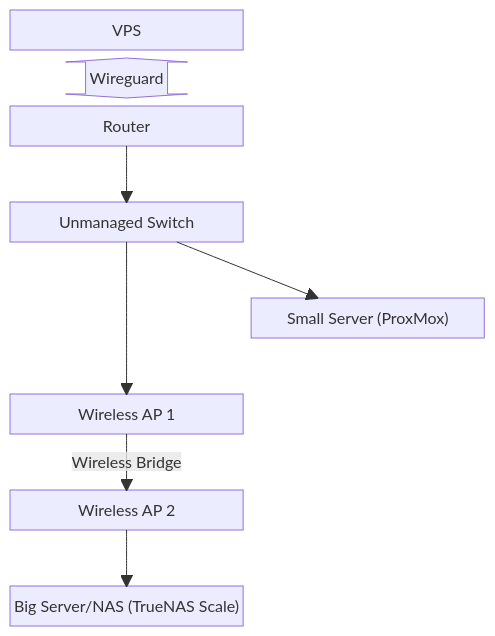
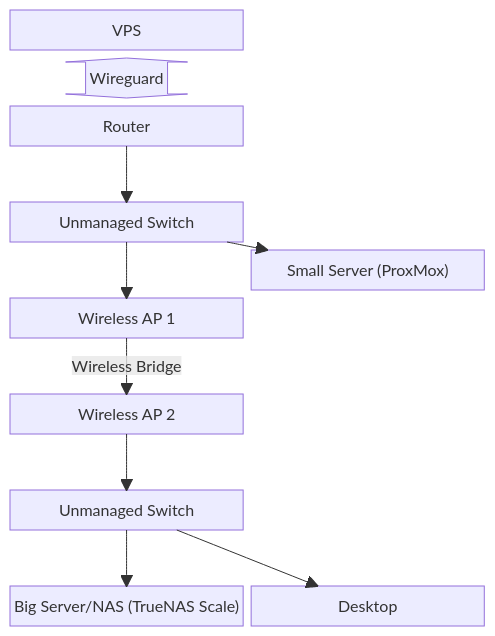
Before and after one commit to atomicangel/lab-configuration: the diagram in README.md, drawn with Mermaid. The commit also changed other lines of this file, not shown here.

````diff
--- a/README.md
+++ b/README.md
@@ -6,17 +6,19 @@
 ```mermaid
 block-beta
   columns 2
   VPS space 
   blockArrowId6<["Wireguard"]>(y) space
   Router
   space:3
   Router --> Switch_1["Unmanaged Switch"]
-  space:4
+  space:2
   Switch_1 --> Server_1["Small Server (ProxMox)"]
-  space:2
   Switch_1 --> WAP_1["Wireless AP 1"]
   space:3
   WAP_1-- "Wireless Bridge" -->WAP_2["Wireless AP 2"]
   space:3
-  WAP_2 --> Server_2["Big Server/NAS (TrueNAS Scale)"]
+  WAP_2 --> Switch_2["Unmanaged Switch"]
+  space:3
+  Switch_2 --> Server_2["Big Server/NAS (TrueNAS Scale)"]
+  Switch_2 --> Desktop
 ```
````
